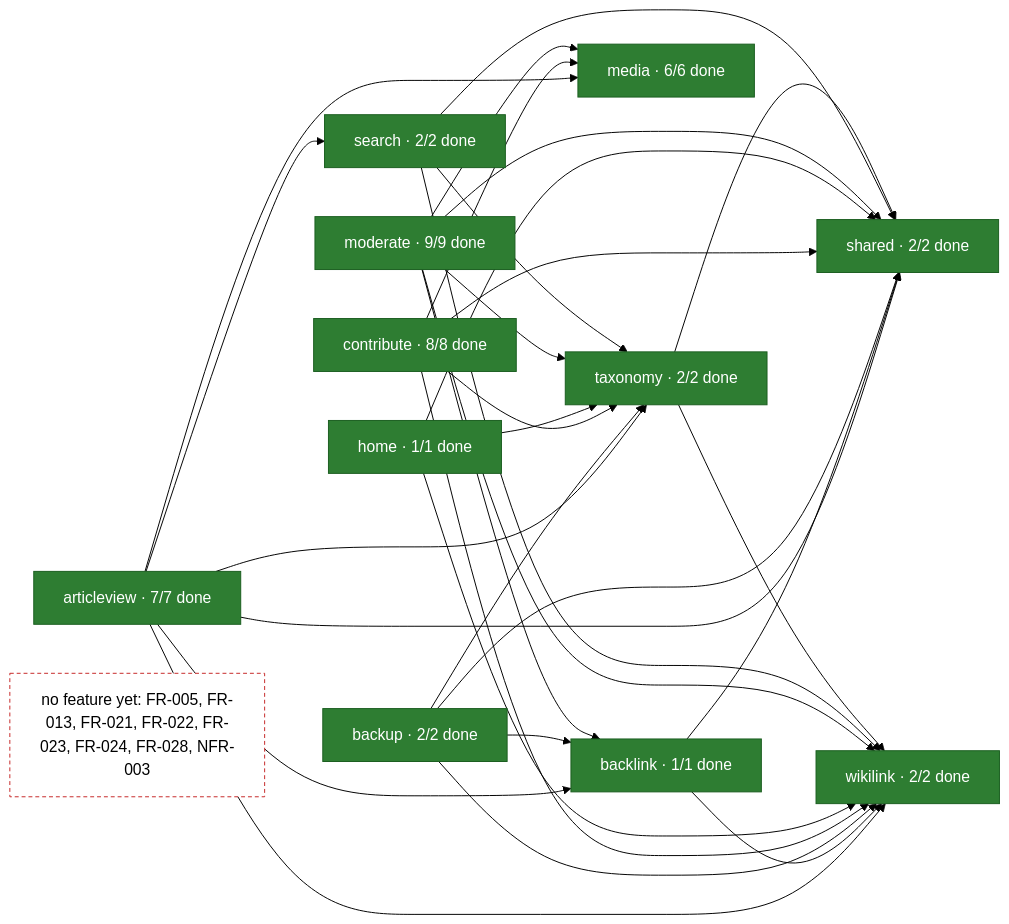
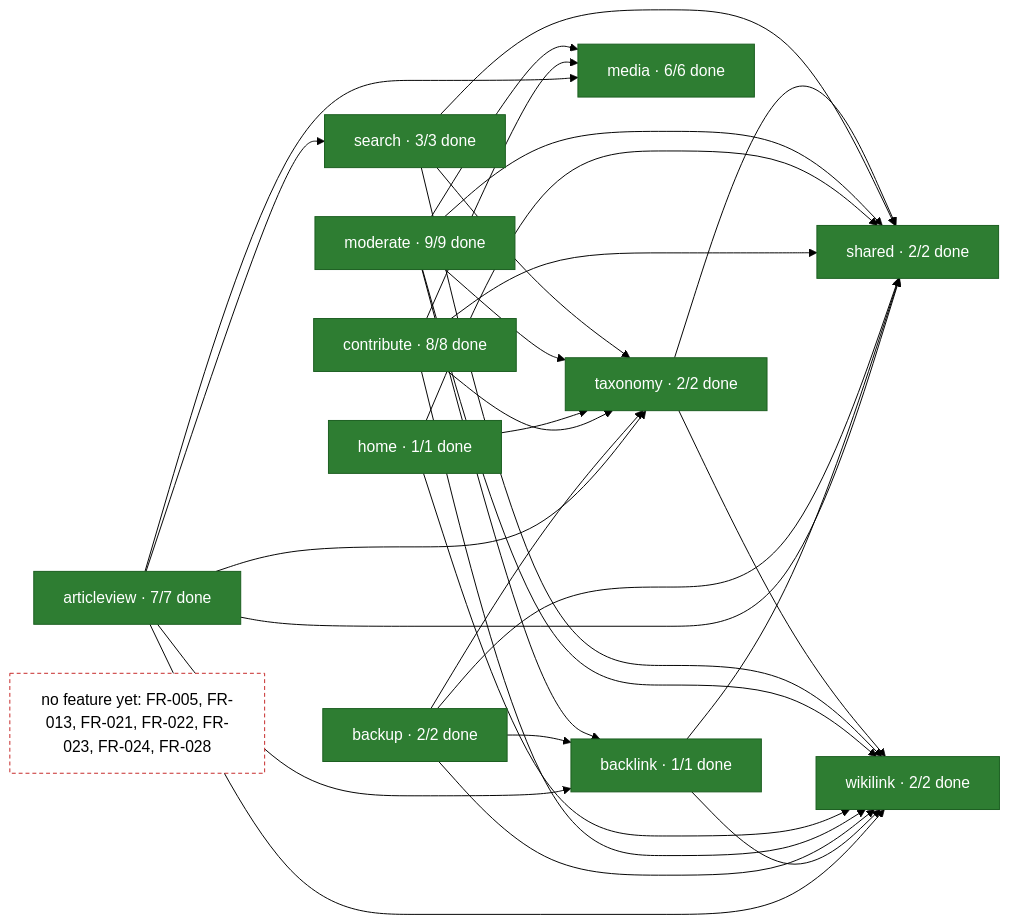
One commit to rikire/Exchange-Student-Guide-Platform changed the second of 2 diagrams in docs/gap-list.md. Above: the diagram before and after it, drawn with Mermaid (forest theme). The commit also changed other lines of this file and 3 other files, not shown here.

Commit message:
docs: NFR-003 done, on the human's decision [NFR-003]

````diff
--- a/docs/gap-list.md
+++ b/docs/gap-list.md
@@ -24,48 +24,48 @@
 ```mermaid
 flowchart LR
     articleview["articleview · 7/7 done"]:::done
     backlink["backlink · 1/1 done"]:::done
     backup["backup · 2/2 done"]:::done
     contribute["contribute · 8/8 done"]:::done
     home["home · 1/1 done"]:::done
     media["media · 6/6 done"]:::done
     moderate["moderate · 9/9 done"]:::done
-    search["search · 2/2 done"]:::done
+    search["search · 3/3 done"]:::done
     shared["shared · 2/2 done"]:::done
     taxonomy["taxonomy · 2/2 done"]:::done
     wikilink["wikilink · 2/2 done"]:::done
-    unmapped["no feature yet: FR-005, FR-013, FR-021, FR-022, FR-023, FR-024, FR-028, NFR-003"]:::unmapped
+    unmapped["no feature yet: FR-005, FR-013, FR-021, FR-022, FR-023, FR-024, FR-028"]:::unmapped
     articleview --> backlink
     articleview --> media
     articleview --> search
     articleview --> shared
     articleview --> taxonomy
     articleview --> wikilink
     backlink --> shared
     backlink --> wikilink
     backup --> backlink
     backup --> shared
     backup --> taxonomy
     backup --> wikilink
     contribute --> media
     contribute --> shared
     contribute --> taxonomy
     contribute --> wikilink
     home --> shared
     home --> taxonomy
     home --> wikilink
     moderate --> backlink
     moderate --> media
     moderate --> shared
     moderate --> taxonomy
     moderate --> wikilink
     search --> shared
     search --> taxonomy
     search --> wikilink
     taxonomy --> shared
     taxonomy --> wikilink
     classDef done fill:#2e7d32,stroke:#1b5e20,color:#ffffff
     classDef partial fill:#f9a825,stroke:#f57f17,color:#000000
     classDef none fill:#e0e0e0,stroke:#9e9e9e,color:#000000
     classDef unmapped fill:#ffffff,stroke:#c62828,stroke-dasharray:4 3,color:#000000
 ```
````
